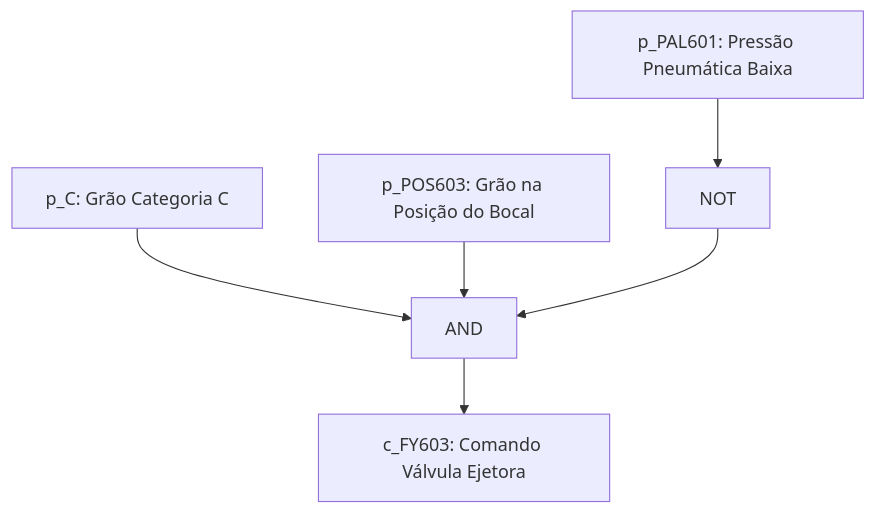
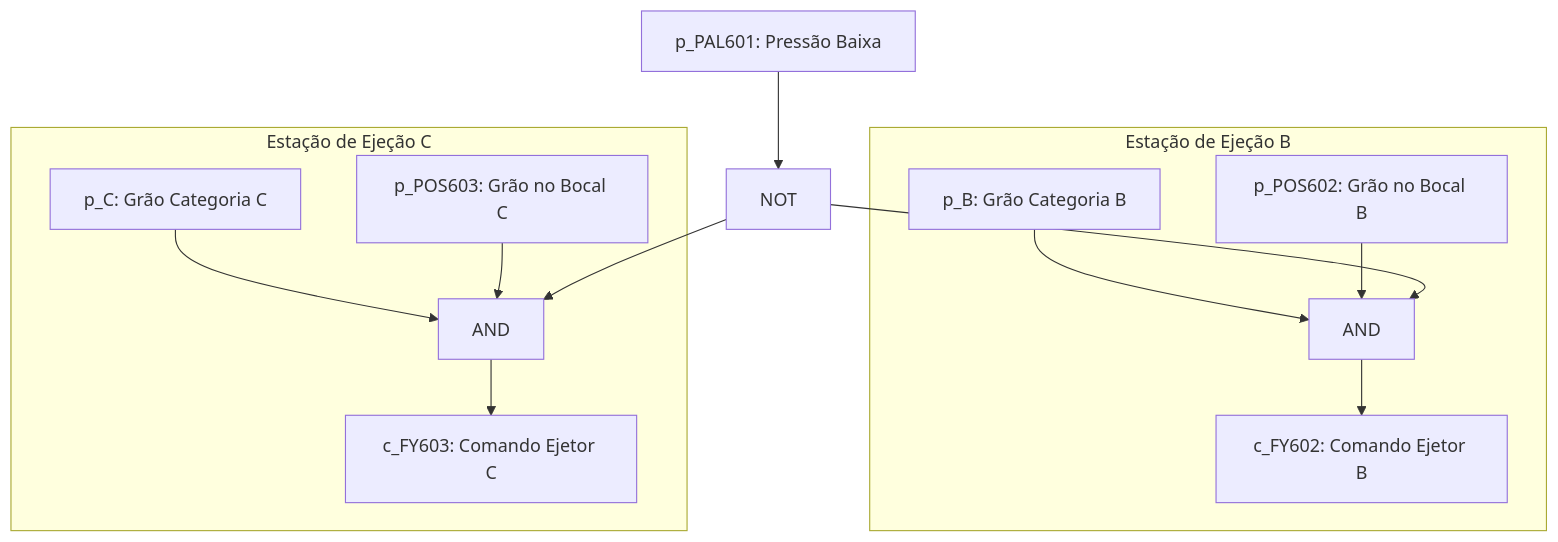
One commit to felipeconradovidal/SCADA-Core_Automatica_GRUPO4 changed the sixth of 6 diagrams in etapa-01-logica/04 - Logica Proposicional Conectivos e Permissivos.md. Above: the diagram before and after it, drawn with Mermaid. The commit also changed other lines of this file and 18 other files, not shown here.

````diff
--- a/etapa-01-logica/04 - Logica Proposicional Conectivos e Permissivos.md
+++ b/etapa-01-logica/04 - Logica Proposicional Conectivos e Permissivos.md
@@ -342,18 +345,28 @@
 ```mermaid
 graph TD
-    P_C[p_C: Grão Categoria C]
-    POS603[p_POS603: Grão na Posição do Bocal]
-    PAL601[p_PAL601: Pressão Pneumática Baixa]
+    subgraph Ejetor_B[Estação de Ejeção B]
+        P_B[p_B: Grão Categoria B]
+        POS602[p_POS602: Grão no Bocal B]
+        AND_FY602[AND]
+        C_FY602[c_FY602: Comando Ejetor B]
+        P_B --> AND_FY602
+        POS602 --> AND_FY602
+        AND_FY602 --> C_FY602
+    end
 
+    subgraph Ejetor_C[Estação de Ejeção C]
+        P_C[p_C: Grão Categoria C]
+        POS603[p_POS603: Grão no Bocal C]
+        AND_FY603[AND]
+        C_FY603[c_FY603: Comando Ejetor C]
+        P_C --> AND_FY603
+        POS603 --> AND_FY603
+        AND_FY603 --> C_FY603
+    end
+
+    PAL601[p_PAL601: Pressão Baixa]
     NOT_PAL601[NOT]
-    AND_FY603[AND]
-    C_FY603[c_FY603: Comando Válvula Ejetora]
-
     PAL601 --> NOT_PAL601
-
-    P_C --> AND_FY603
-    POS603 --> AND_FY603
+    NOT_PAL601 --> AND_FY602
     NOT_PAL601 --> AND_FY603
-
-    AND_FY603 --> C_FY603
 ```
````
